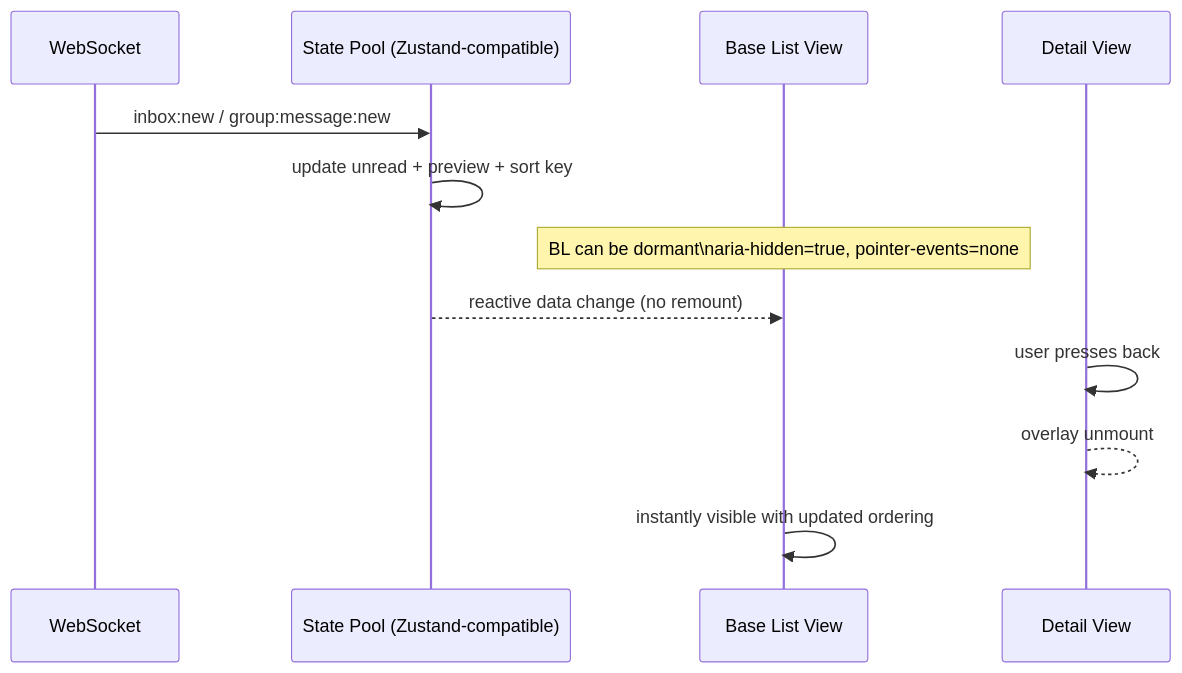
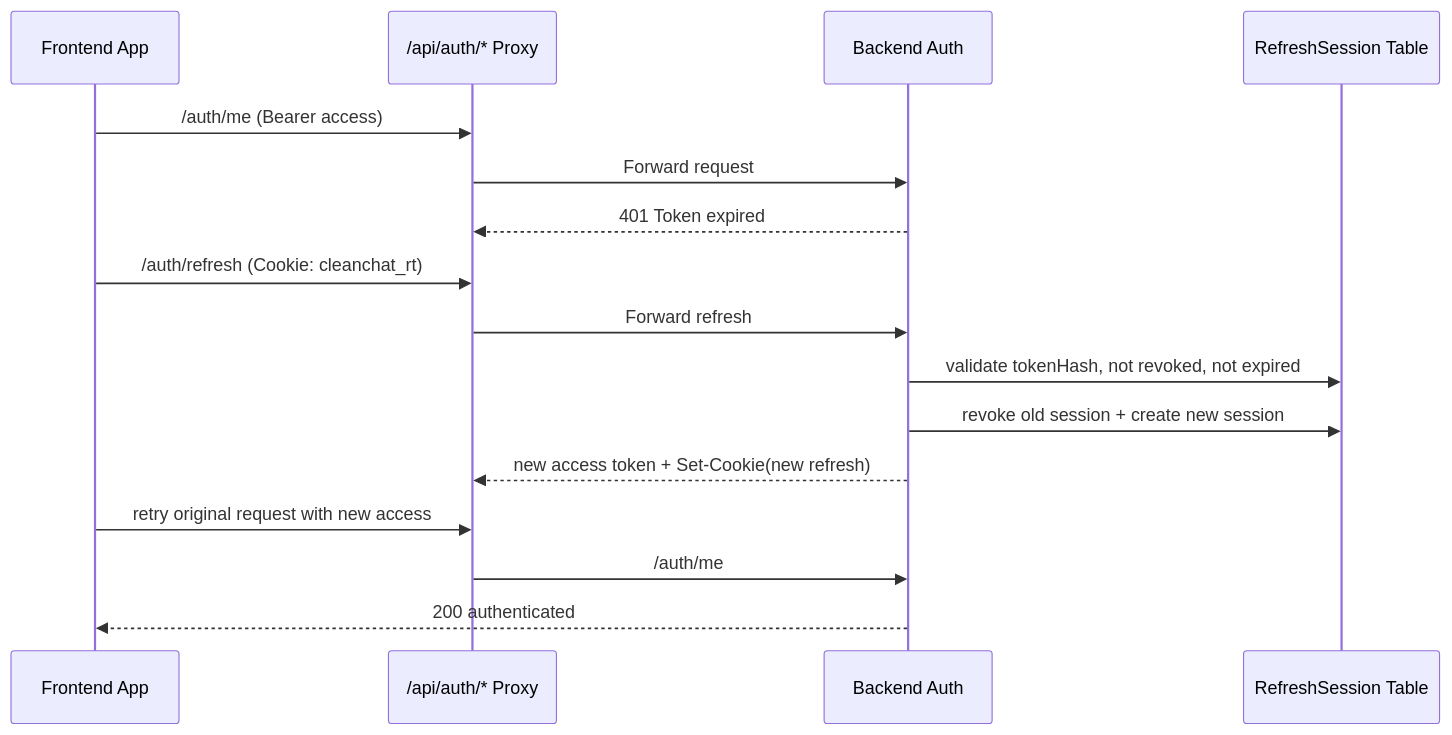
Before and after one commit to Jeff-zhang921/CleanChat: the first of 3 diagrams in README.md, drawn with Mermaid. The commit also changed other lines of this file and 10 other files, not shown here.

````diff
--- a/README.md
+++ b/README.md
@@ -230,15 +79,19 @@
 ```mermaid
 sequenceDiagram
-  participant WS as WebSocket
-  participant SP as State Pool (Zustand-compatible)
-  participant BL as Base List View
-  participant DL as Detail View
+  participant App as Frontend App
+  participant API as /api/auth/* Proxy
+  participant Auth as Backend Auth
+  participant DB as RefreshSession Table
 
-  WS->>SP: inbox:new / group:message:new
-  SP->>SP: update unread + preview + sort key
-  Note over BL: BL can be dormant\naria-hidden=true, pointer-events=none
-  SP-->>BL: reactive data change (no remount)
-  DL->>DL: user presses back
-  DL-->>DL: overlay unmount
-  BL->>BL: instantly visible with updated ordering
+  App->>API: /auth/me (Bearer access)
+  API->>Auth: Forward request
+  Auth-->>API: 401 Token expired
+  App->>API: /auth/refresh (Cookie: cleanchat_rt)
+  API->>Auth: Forward refresh
+  Auth->>DB: validate tokenHash, not revoked, not expired
+  Auth->>DB: revoke old session + create new session
+  Auth-->>API: new access token + Set-Cookie(new refresh)
+  App->>API: retry original request with new access
+  API->>Auth: /auth/me
+  Auth-->>App: 200 authenticated
 ```
````
